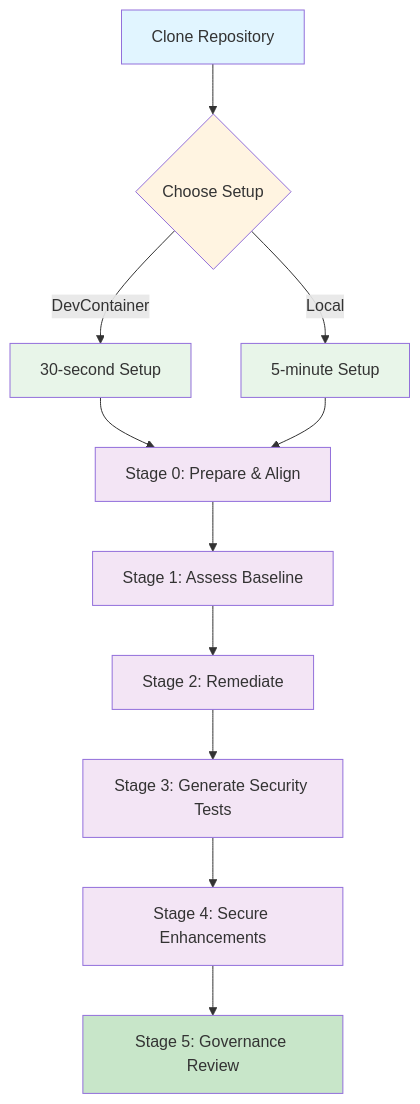
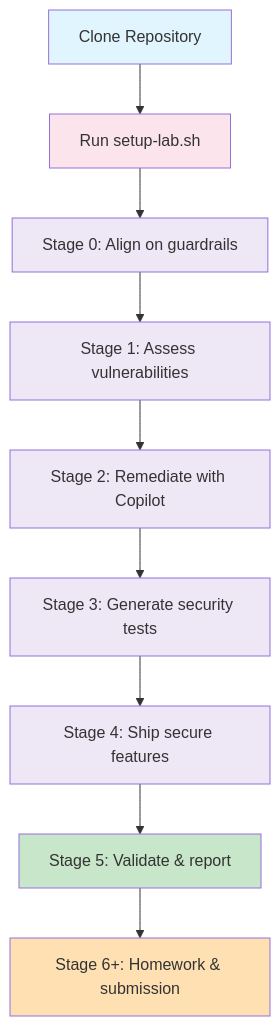
The diagram in README.md (arula-ai/copilot-governance-lab-java), drawn with Mermaid before and after one commit. The commit also changed other lines of this file and 5 other files, not shown here.

````diff
--- a/README.md
+++ b/README.md
@@ -39,24 +59,21 @@
 ```mermaid
 graph TB
-    A[Clone Repository] --> B{Choose Setup}
-    B -->|DevContainer| C[30-second Setup]
-    B -->|Local| D[5-minute Setup]
-    C --> E[Stage 0: Prepare & Align]
-    D --> E
-    E --> F[Stage 1: Assess Baseline]
-    F --> G[Stage 2: Remediate]
-    G --> H[Stage 3: Generate Security Tests]
-    H --> I[Stage 4: Secure Enhancements]
-    I --> J[Stage 5: Governance Review]
-    
-    style A fill:#e1f5ff
-    style B fill:#fff4e1
-    style C fill:#e8f5e9
-    style D fill:#e8f5e9
-    style E fill:#f3e5f5
-    style F fill:#f3e5f5
-    style G fill:#f3e5f5
-    style H fill:#f3e5f5
-    style I fill:#f3e5f5
-    style J fill:#c8e6c9
+    A[Clone Repository] --> B[Run setup-lab.sh]
+    B --> C[Stage 0: Align on guardrails]
+    C --> D[Stage 1: Assess vulnerabilities]
+    D --> E[Stage 2: Remediate with Copilot]
+    E --> F[Stage 3: Generate security tests]
+    F --> G[Stage 4: Ship secure features]
+    G --> H[Stage 5: Validate & report]
+    H --> I[Stage 6+: Homework & submission]
+
+    style A fill:#e1f5fe
+    style B fill:#fce4ec
+    style C fill:#ede7f6
+    style D fill:#ede7f6
+    style E fill:#ede7f6
+    style F fill:#ede7f6
+    style G fill:#ede7f6
+    style H fill:#c8e6c9
+    style I fill:#ffe0b2
 ```
````
